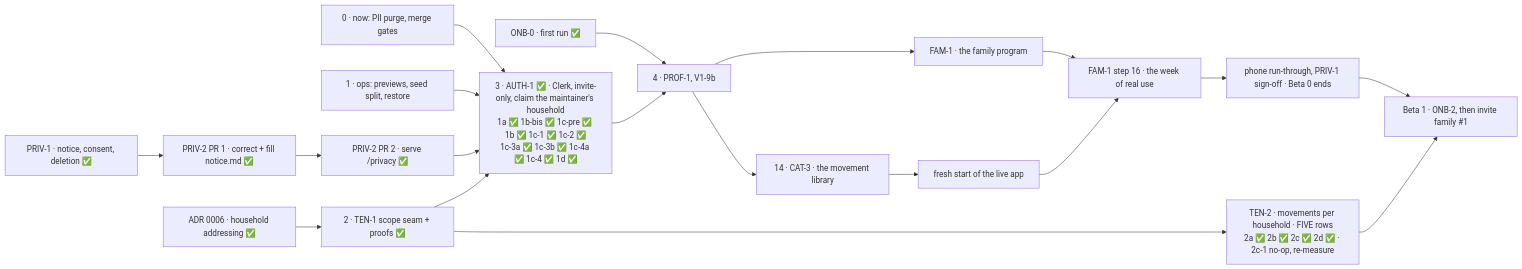
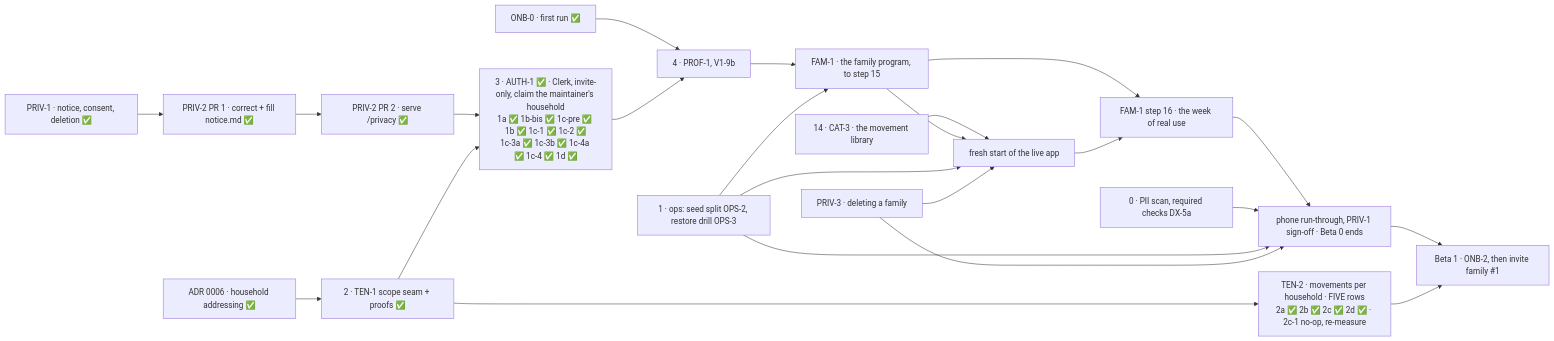
Before and after one commit to ralamode/mat-plan: the diagram in docs/milestones/beta-1.md, drawn with Mermaid. The commit also changed other lines of this file, not shown here.

Commit message:
docs(beta-0): the chart's library line stands alone, and the owed ops work feeds beta 0's end

````diff
--- a/docs/milestones/beta-1.md
+++ b/docs/milestones/beta-1.md
@@ -97,21 +97,25 @@
 ```mermaid
 flowchart LR
-  N[0 · now: PII purge, merge gates] --> AU
-  O[1 · ops: previews, seed split, restore] --> AU
   ONB[ONB-0 · first run ✅] --> S
   PRIV[PRIV-1 · notice, consent, deletion ✅] --> P1[PRIV-2 PR 1 · correct + fill notice.md ✅]
   P1 --> P2[PRIV-2 PR 2 · serve /privacy ✅]
   P2 --> AU
   C[ADR 0006 · household addressing ✅] --> T[2 · TEN-1 scope seam + proofs ✅]
   T --> AU[3 · AUTH-1 ✅ · Clerk, invite-only, claim the maintainer's household<br/>1a ✅ 1b-bis ✅ 1c-pre ✅ 1b ✅ 1c-1 ✅ 1c-2 ✅<br/>1c-3a ✅ 1c-3b ✅ 1c-4a ✅ 1c-4 ✅ 1d ✅]
   T --> T2[TEN-2 · movements per household · FIVE rows<br/>2a ✅ 2b ✅ 2c ✅ 2d ✅ · 2c-1 no-op, re-measure]
   AU --> S[4 · PROF-1, V1-9b]
-  S --> F[FAM-1 · the family program]
-  S --> K[14 · CAT-3 · the movement library]
-  K --> R[fresh start of the live app]
+  S --> F[FAM-1 · the family program, to step 15]
+  O[1 · ops: seed split OPS-2, restore drill OPS-3] --> F
+  K[14 · CAT-3 · the movement library] --> R[fresh start of the live app]
+  F --> R
+  O --> R
+  P3[PRIV-3 · deleting a family] --> R
   F --> W[FAM-1 step 16 · the week of real use]
   R --> W
   W --> B0[phone run-through, PRIV-1 sign-off · Beta 0 ends]
+  N[0 · PII scan, required checks DX-5a] --> B0
+  O --> B0
+  P3 --> B0
   B0 --> I[Beta 1 · ONB-2, then invite family #1]
   T2 --> I
 ```
````
